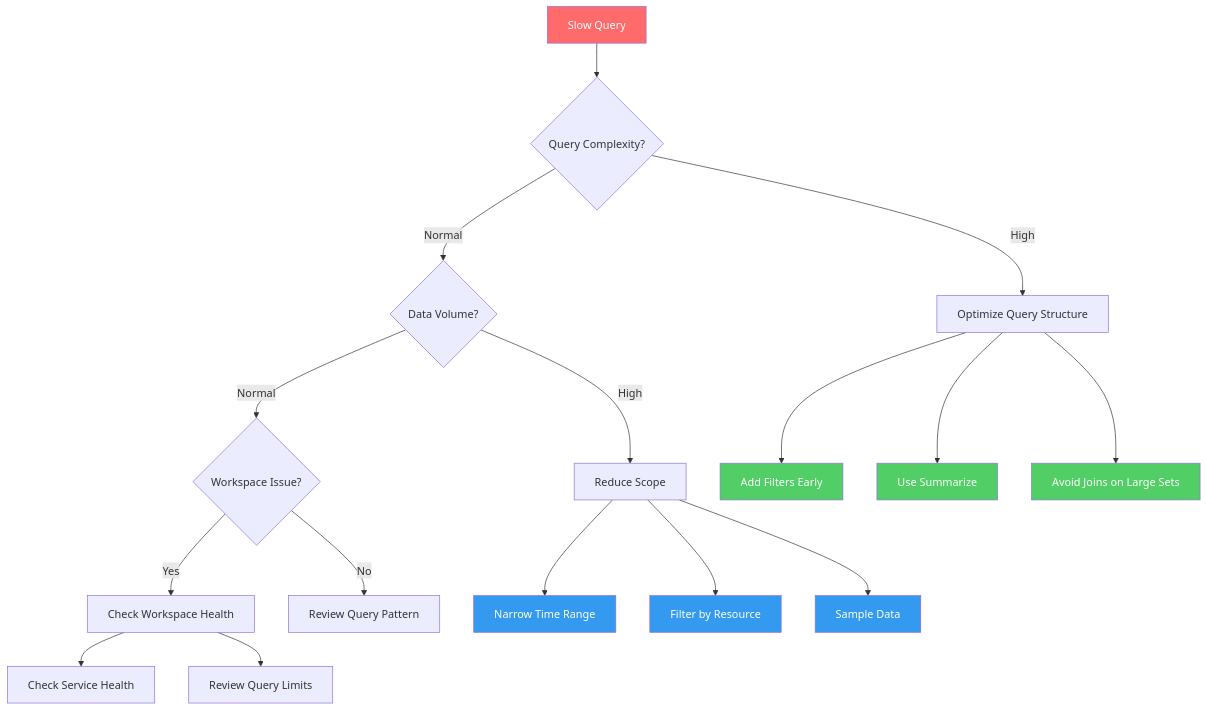
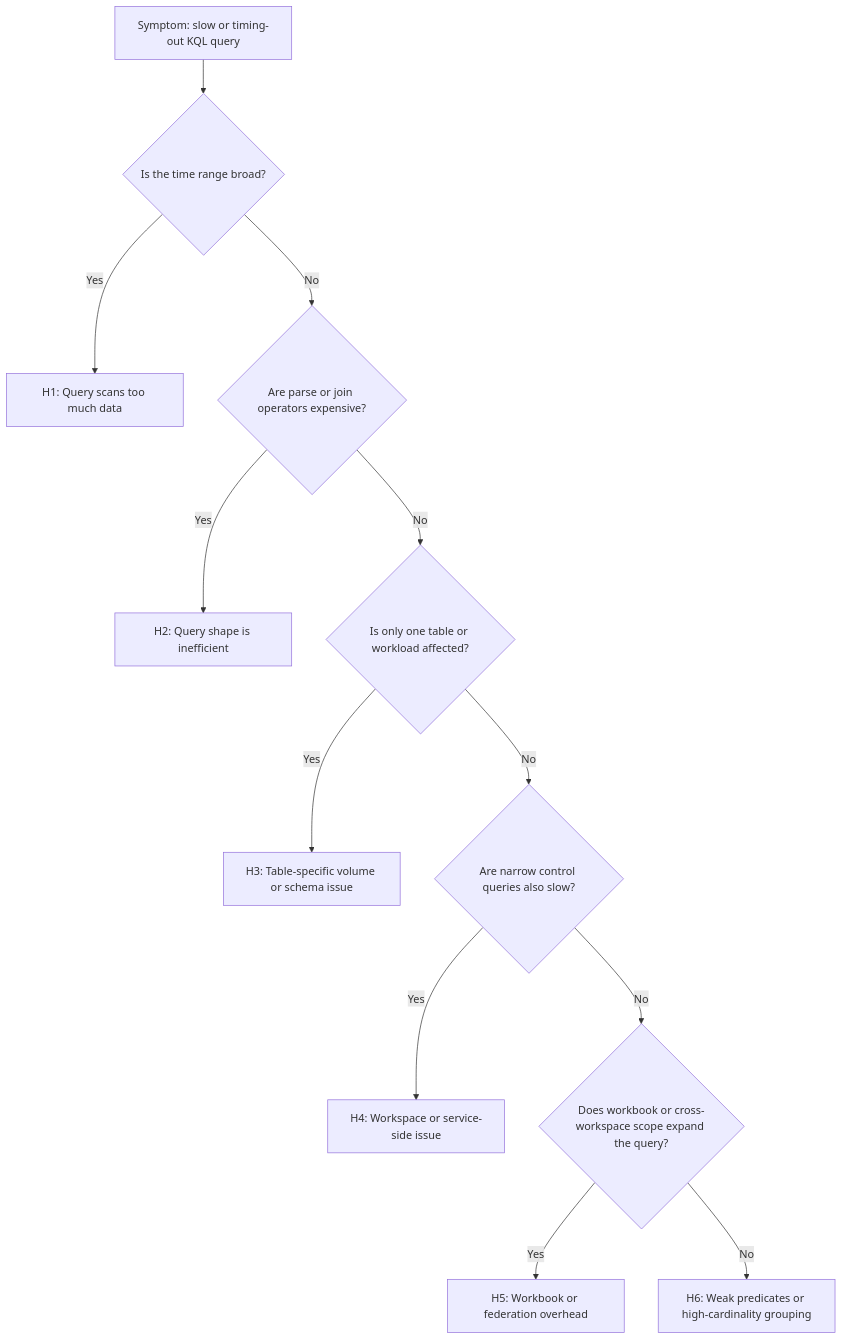
The diagram in docs/troubleshooting/playbooks/slow-query-performance.md (yeongseon/azure-monitoring-practical-guide), drawn with Mermaid before and after one commit. The commit also changed other lines of this file and 50 other files, not shown here.

````diff
--- a/docs/troubleshooting/playbooks/slow-query-performance.md
+++ b/docs/troubleshooting/playbooks/slow-query-performance.md
@@ -15,31 +12,14 @@
 ```mermaid
 flowchart TD
-    A[Slow Query] --> B{Query Complexity?}
-    B -->|High| C[Optimize Query Structure]
-    B -->|Normal| D{Data Volume?}
-    
-    D -->|High| E[Reduce Scope]
-    D -->|Normal| F{Workspace Issue?}
-    
-    F -->|Yes| G[Check Workspace Health]
-    F -->|No| H[Review Query Pattern]
-    
-    C --> I[Add Filters Early]
-    C --> J[Use Summarize]
-    C --> K[Avoid Joins on Large Sets]
-    
-    E --> L[Narrow Time Range]
-    E --> M[Filter by Resource]
-    E --> N[Sample Data]
-    
-    G --> O[Check Service Health]
-    G --> P[Review Query Limits]
-
-    style A fill:#ff6b6b,color:#fff
-    style I fill:#51cf66,color:#fff
-    style J fill:#51cf66,color:#fff
-    style K fill:#51cf66,color:#fff
-    style L fill:#339af0,color:#fff
-    style M fill:#339af0,color:#fff
-    style N fill:#339af0,color:#fff
+    A[Symptom: slow or timing-out KQL query] --> B{Is the time range broad?}
+    B -->|Yes| H1[H1: Query scans too much data]
+    B -->|No| C{Are parse or join operators expensive?}
+    C -->|Yes| H2[H2: Query shape is inefficient]
+    C -->|No| D{Is only one table or workload affected?}
+    D -->|Yes| H3[H3: Table-specific volume or schema issue]
+    D -->|No| E{Are narrow control queries also slow?}
+    E -->|Yes| H4[H4: Workspace or service-side issue]
+    E -->|No| F{Does workbook or cross-workspace scope expand the query?}
+    F -->|Yes| H5[H5: Workbook or federation overhead]
+    F -->|No| H6[H6: Weak predicates or high-cardinality grouping]
 ```
````
